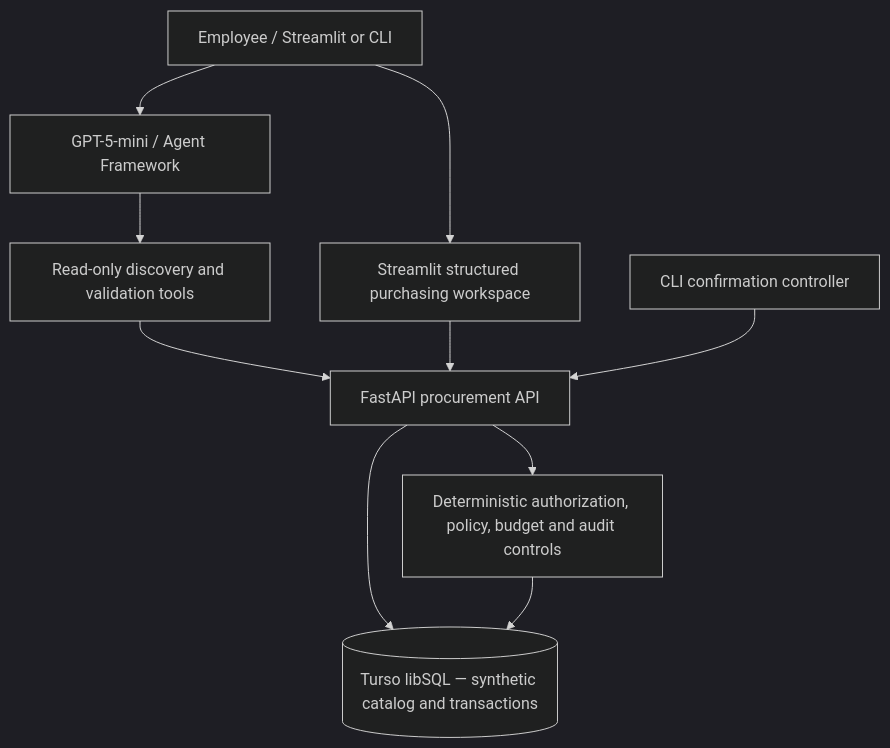
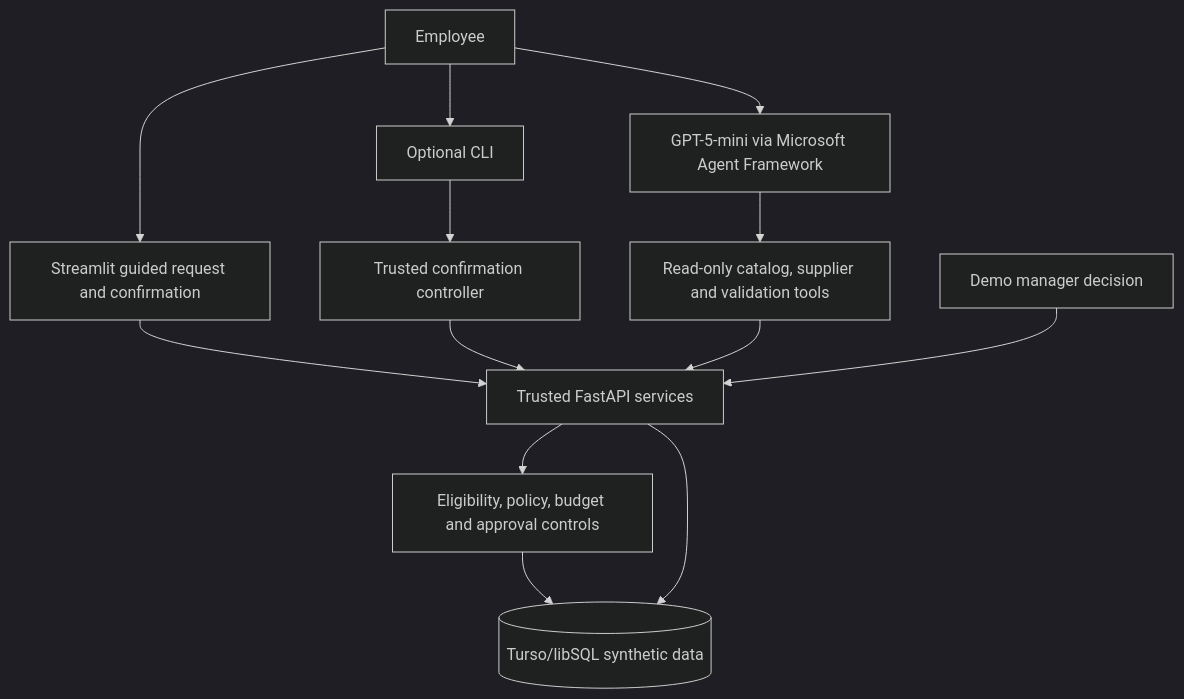
One commit to sakthiarungit/AI-Product-Management-Portfolio changed the diagram in 02-Agentic-AI-Products/ProcureAI/README.md. Above: the diagram before and after it, drawn with Mermaid (dark theme). The commit also changed other lines of this file, not shown here.

````diff
--- a/02-Agentic-AI-Products/ProcureAI/README.md
+++ b/02-Agentic-AI-Products/ProcureAI/README.md
@@ -21,12 +32,15 @@
 ```mermaid
 flowchart TD
-    U[Employee / Streamlit or CLI] --> AI[GPT-5-mini / Agent Framework]
-    U --> UI[Streamlit structured purchasing workspace]
-    AI --> T[Read-only discovery and validation tools]
-    T --> API[FastAPI procurement API]
-    UI --> API
-    CLI[CLI confirmation controller] --> API
-    API --> DB[(Turso libSQL — synthetic catalog and transactions)]
-    API --> POL[Deterministic authorization, policy, budget and audit controls]
-    POL --> DB
+    User[Employee] --> UI[Streamlit guided request and confirmation]
+    User --> CLI[Optional CLI]
+    UI --> API[Trusted FastAPI services]
+    CLI --> Controller[Trusted confirmation controller]
+    Controller --> API
+    User --> Agent[GPT-5-mini via Microsoft Agent Framework]
+    Agent --> Tools[Read-only catalog, supplier and validation tools]
+    Tools --> API
+    API --> Rules[Eligibility, policy, budget and approval controls]
+    Rules --> DB[(Turso/libSQL synthetic data)]
+    API --> DB
+    Manager[Demo manager decision] --> API
 ```
````
